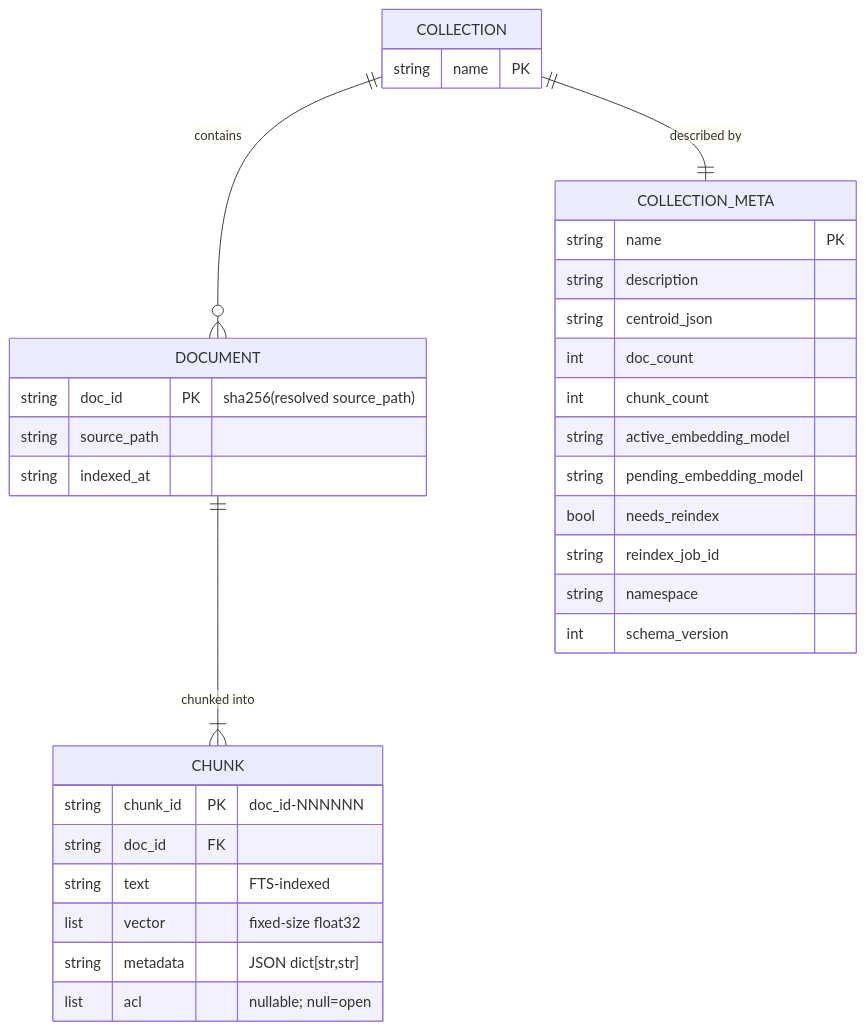
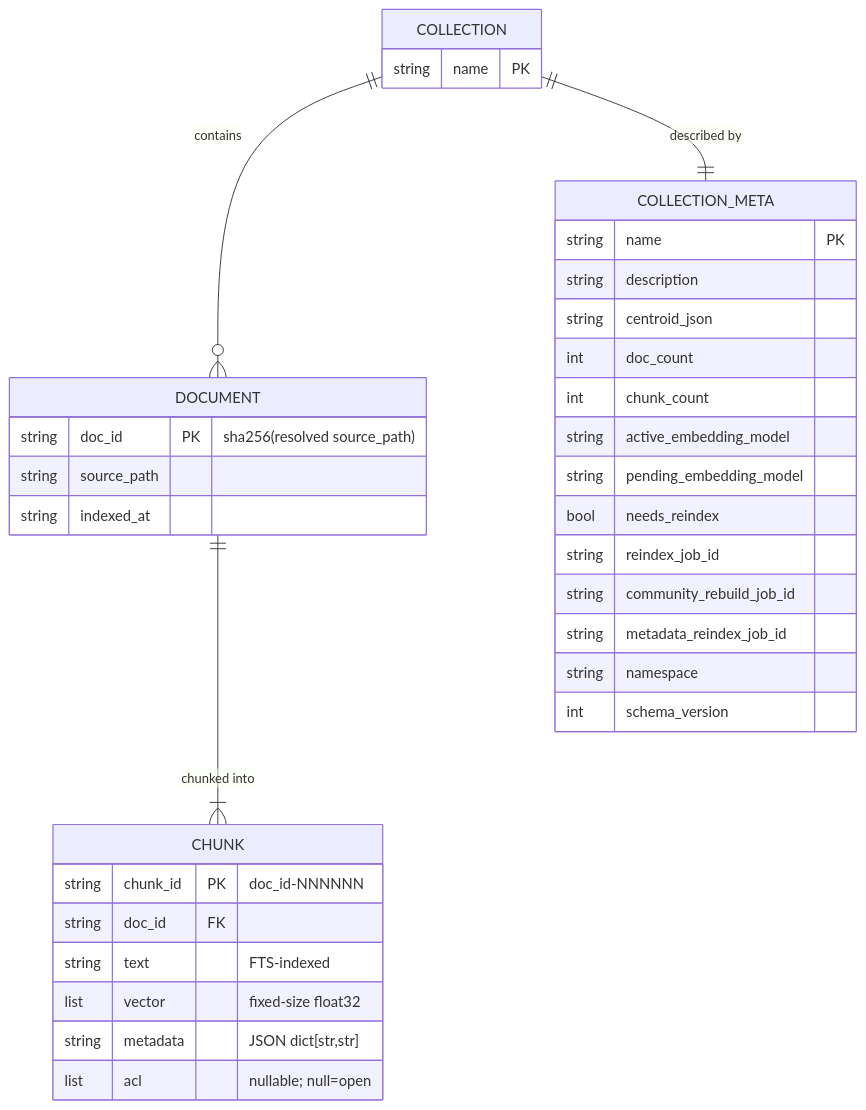
One commit to user538295/archon-search changed the first of 2 diagrams in Documentation/Architecture/130_data_architecture_and_persistence.md. Above: the diagram before and after it, drawn with Mermaid. The commit also changed other lines of this file and 39 other files, not shown here.

````diff
--- a/Documentation/Architecture/130_data_architecture_and_persistence.md
+++ b/Documentation/Architecture/130_data_architecture_and_persistence.md
@@ -276,35 +278,37 @@
 ```mermaid
 erDiagram
     COLLECTION ||--o{ DOCUMENT : contains
     DOCUMENT ||--|{ CHUNK : "chunked into"
     COLLECTION ||--|| COLLECTION_META : "described by"
     COLLECTION_META {
         string name PK
         string description
         string centroid_json
         int doc_count
         int chunk_count
         string active_embedding_model
         string pending_embedding_model
         bool needs_reindex
         string reindex_job_id
+        string community_rebuild_job_id
+        string metadata_reindex_job_id
         string namespace
         int schema_version
     }
     COLLECTION {
         string name PK
     }
     DOCUMENT {
         string doc_id PK "sha256(resolved source_path)"
         string source_path
         string indexed_at
     }
     CHUNK {
         string chunk_id PK "doc_id-NNNNNN"
         string doc_id FK
         string text "FTS-indexed"
         list vector "fixed-size float32"
         string metadata "JSON dict[str,str]"
         list acl "nullable; null=open"
     }
 ```
````
